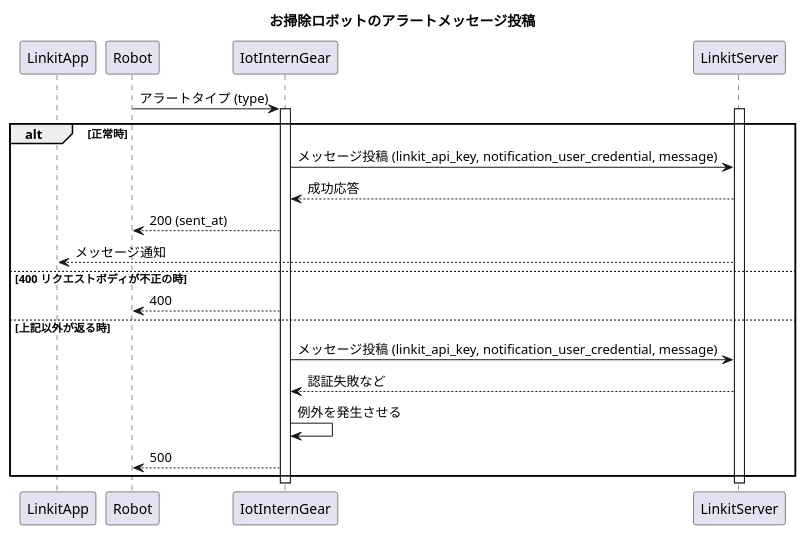
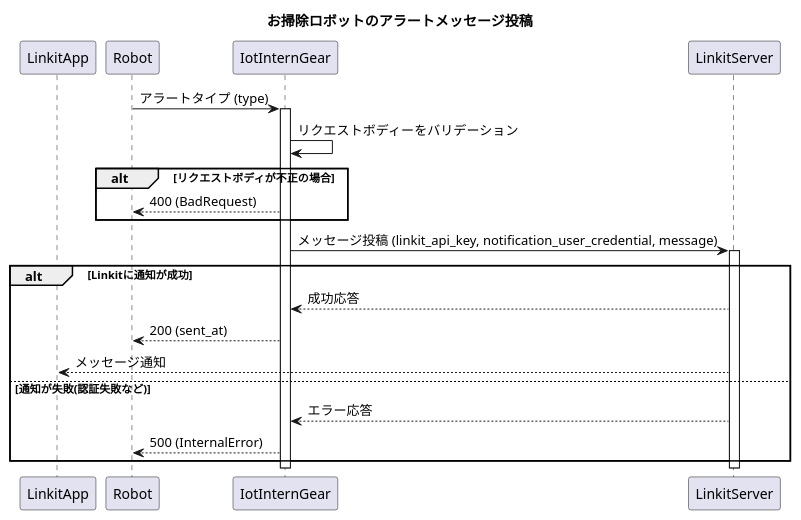
Before and after one commit to access-company/IoTIntern: the diagram in doc/sequence.puml, drawn with PlantUML. The commit also changed 1 other file, not shown here.

Commit message:
[229312] Validate before sending to linkit (#7)

```diff
--- a/doc/sequence.puml
+++ b/doc/sequence.puml
@@ -1,27 +1,29 @@
 @startuml SequenceDiagram
 title: お掃除ロボットのアラートメッセージ投稿
 
 participant LinkitApp
 participant Robot
 participant IotInternGear
 participant LinkitServer
 
 Robot -> IotInternGear: アラートタイプ (type)
 activate IotInternGear
+
+IotInternGear -> IotInternGear: リクエストボディーをバリデーション
+alt リクエストボディが不正の場合
+  Robot <-- IotInternGear: 400 (BadRequest)
+end
+
+IotInternGear -> LinkitServer: メッセージ投稿 (linkit_api_key, notification_user_credential, message)
 activate LinkitServer
-alt 正常時
-    IotInternGear -> LinkitServer: メッセージ投稿 (linkit_api_key, notification_user_credential, message)
-    IotInternGear <-- LinkitServer: 成功応答
-    Robot <-- IotInternGear: 200 (sent_at)
-    LinkitApp <-- LinkitServer: メッセージ通知
-else 400 リクエストボディが不正の時
-    Robot <-- IotInternGear: 400
-else 上記以外が返る時
-    IotInternGear -> LinkitServer: メッセージ投稿 (linkit_api_key, notification_user_credential, message)
-    IotInternGear <-- LinkitServer: 認証失敗など
-    IotInternGear -> IotInternGear: 例外を発生させる
-    Robot <-- IotInternGear: 500
+alt Linkitに通知が成功
+  IotInternGear <-- LinkitServer: 成功応答
+  Robot <-- IotInternGear: 200 (sent_at)
+  LinkitApp <-- LinkitServer: メッセージ通知
+else 通知が失敗(認証失敗など)
+  IotInternGear <-- LinkitServer: エラー応答
+  Robot <-- IotInternGear: 500 (InternalError)
 end
+deactivate LinkitServer
 deactivate IotInternGear
-deactivate LinkitServer
 @enduml
```
